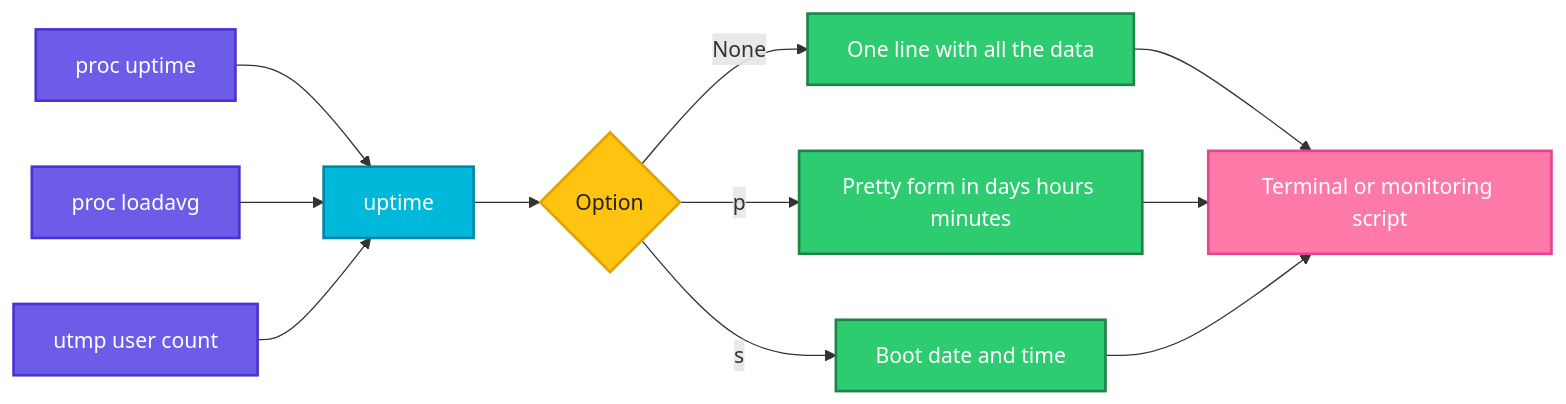
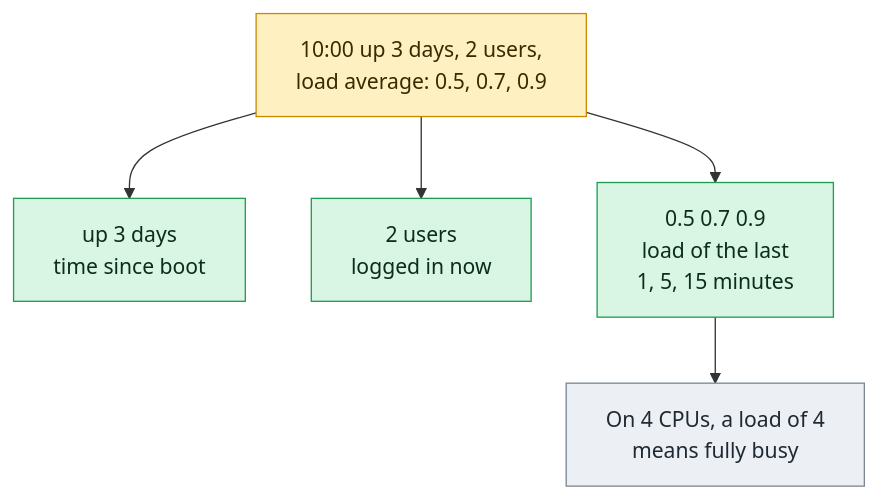
One commit to codeKerdosTech/DevOps-Documentation changed the diagram in linux/system-info/uptime.md. Above: the diagram before and after it, drawn with Mermaid. The commit also changed other lines of this file and 165 other files, not shown here.

Commit message:
updated diagrams in linux

````diff
--- a/linux/system-info/uptime.md
+++ b/linux/system-info/uptime.md
@@ -37,25 +37,15 @@
 ```mermaid
-flowchart LR
-    A[proc uptime] --> E[uptime]
-    B[proc loadavg] --> E
-    C[utmp user count] --> E
-    E --> D{Option}
-    D -->|None| F[One line with all the data]
-    D -->|p| G[Pretty form in days hours minutes]
-    D -->|s| H[Boot date and time]
-    F --> I[Terminal or monitoring script]
-    G --> I
-    H --> I
-    classDef start fill:#6C5CE7,stroke:#4834D4,stroke-width:2px,color:#fff
-    classDef proc fill:#00B8D9,stroke:#0087A8,stroke-width:2px,color:#fff
-    classDef dec fill:#FFC312,stroke:#E1A100,stroke-width:2px,color:#222
-    classDef ok fill:#2ECC71,stroke:#1E8449,stroke-width:2px,color:#fff
-    classDef err fill:#FF4757,stroke:#C0392B,stroke-width:2px,color:#fff
-    classDef out fill:#FD79A8,stroke:#E84393,stroke-width:2px,color:#fff
-    classDef alt fill:#FF9F43,stroke:#E67E22,stroke-width:2px,color:#fff
-    class A,B,C start
-    class E proc
-    class D dec
-    class F,G,H ok
-    class I out
+flowchart TD
+    c1[10:00 up 3 days, 2 users,<br/>load average: 0.5, 0.7, 0.9] --> o1[up 3 days<br/>time since boot]
+    c1 --> o2[2 users<br/>logged in now]
+    c1 --> o3[0.5  0.7  0.9<br/>load of the last<br/>1, 5, 15 minutes]
+    o3 --> n1[On 4 CPUs, a load of 4<br/>means fully busy]
+    classDef inp fill:#DCEBFF,stroke:#2F6FDE,color:#10213F
+    classDef cmd fill:#FFF0C2,stroke:#C98A00,color:#3A2A00
+    classDef out fill:#D9F5E3,stroke:#1F9D55,color:#0B2E1A
+    classDef bad fill:#FDE0E0,stroke:#D13B3B,color:#4A0F0F
+    classDef note fill:#ECEFF3,stroke:#7B8794,color:#1F2933
+    class c1 cmd
+    class o1,o2,o3 out
+    class n1 note
 ```
````
